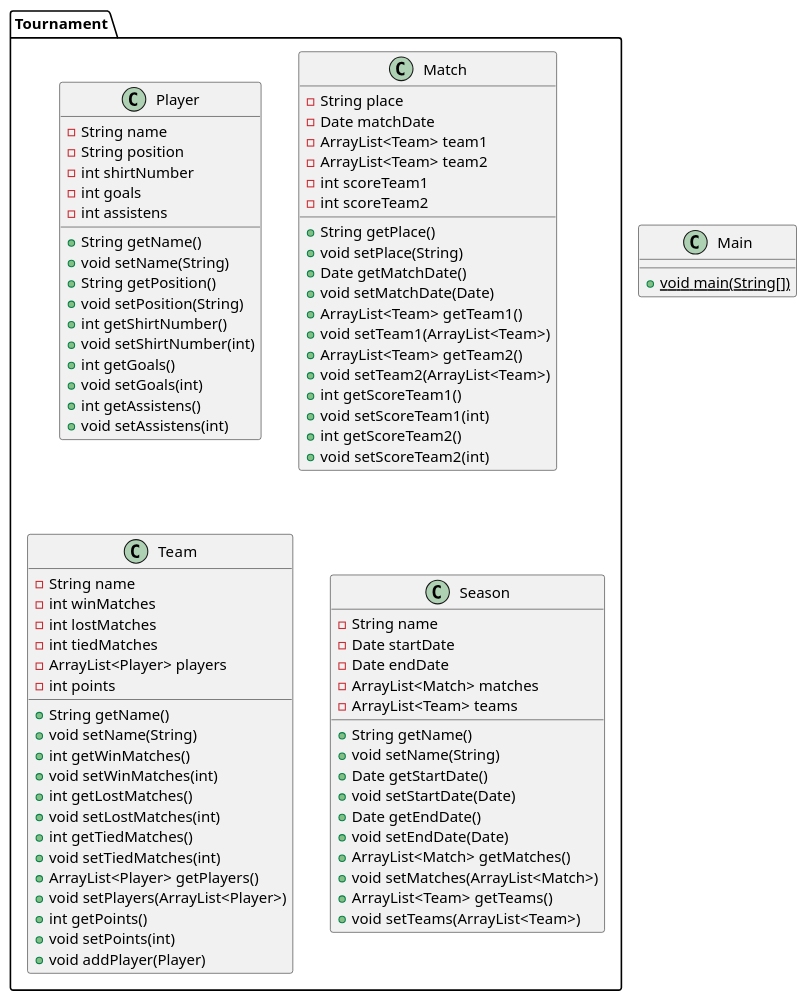
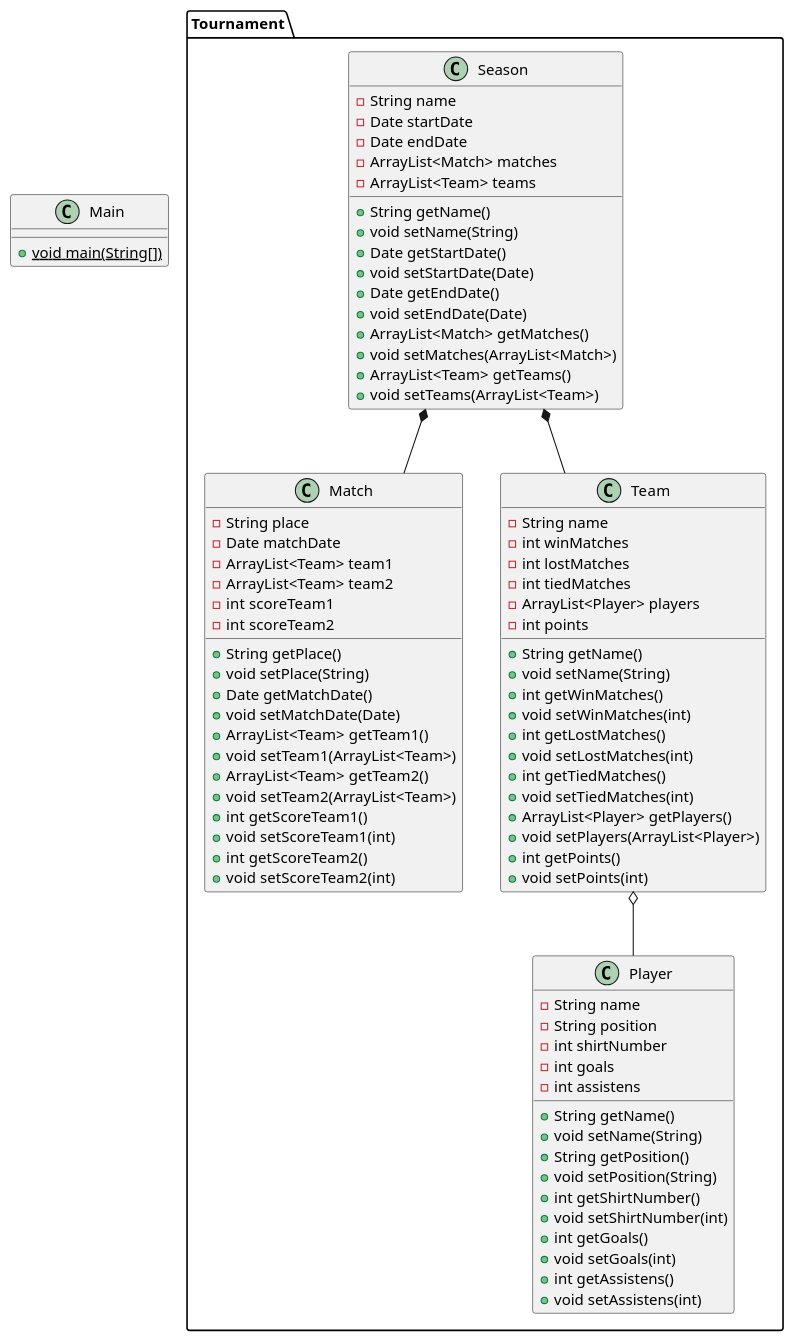
Before and after one commit to TomiDepa/DaVinciTournametPOO: the diagram in Diagram.puml, drawn with PlantUML.

Commit message:
docs: add diagram

```diff
--- a/Diagram.puml
+++ b/Diagram.puml
@@ -1,80 +1,84 @@
 @startuml
 class Main {
 + {static} void main(String[])
 }
 class Tournament.Player {
 - String name
 - String position
 - int shirtNumber
 - int goals
 - int assistens
 + String getName()
 + void setName(String)
 + String getPosition()
 + void setPosition(String)
 + int getShirtNumber()
 + void setShirtNumber(int)
 + int getGoals()
 + void setGoals(int)
 + int getAssistens()
 + void setAssistens(int)
 }
 class Tournament.Match {
 - String place
 - Date matchDate
 - ArrayList<Team> team1
 - ArrayList<Team> team2
 - int scoreTeam1
 - int scoreTeam2
 + String getPlace()
 + void setPlace(String)
 + Date getMatchDate()
 + void setMatchDate(Date)
 + ArrayList<Team> getTeam1()
 + void setTeam1(ArrayList<Team>)
 + ArrayList<Team> getTeam2()
 + void setTeam2(ArrayList<Team>)
 + int getScoreTeam1()
 + void setScoreTeam1(int)
 + int getScoreTeam2()
 + void setScoreTeam2(int)
 }
 class Tournament.Team {
 - String name
 - int winMatches
 - int lostMatches
 - int tiedMatches
 - ArrayList<Player> players
 - int points
 + String getName()
 + void setName(String)
 + int getWinMatches()
 + void setWinMatches(int)
 + int getLostMatches()
 + void setLostMatches(int)
 + int getTiedMatches()
 + void setTiedMatches(int)
 + ArrayList<Player> getPlayers()
 + void setPlayers(ArrayList<Player>)
 + int getPoints()
 + void setPoints(int)
-+ void addPlayer(Player)
 }
 class Tournament.Season {
 - String name
 - Date startDate
 - Date endDate
 - ArrayList<Match> matches
 - ArrayList<Team> teams
 + String getName()
 + void setName(String)
 + Date getStartDate()
 + void setStartDate(Date)
 + Date getEndDate()
 + void setEndDate(Date)
 + ArrayList<Match> getMatches()
 + void setMatches(ArrayList<Match>)
 + ArrayList<Team> getTeams()
 + void setTeams(ArrayList<Team>)
 }
+
+Tournament.Season *-- Tournament.Team
+Tournament.Season *-- Tournament.Match
+Tournament.Team o-- Tournament.Player
+
 @enduml
```
